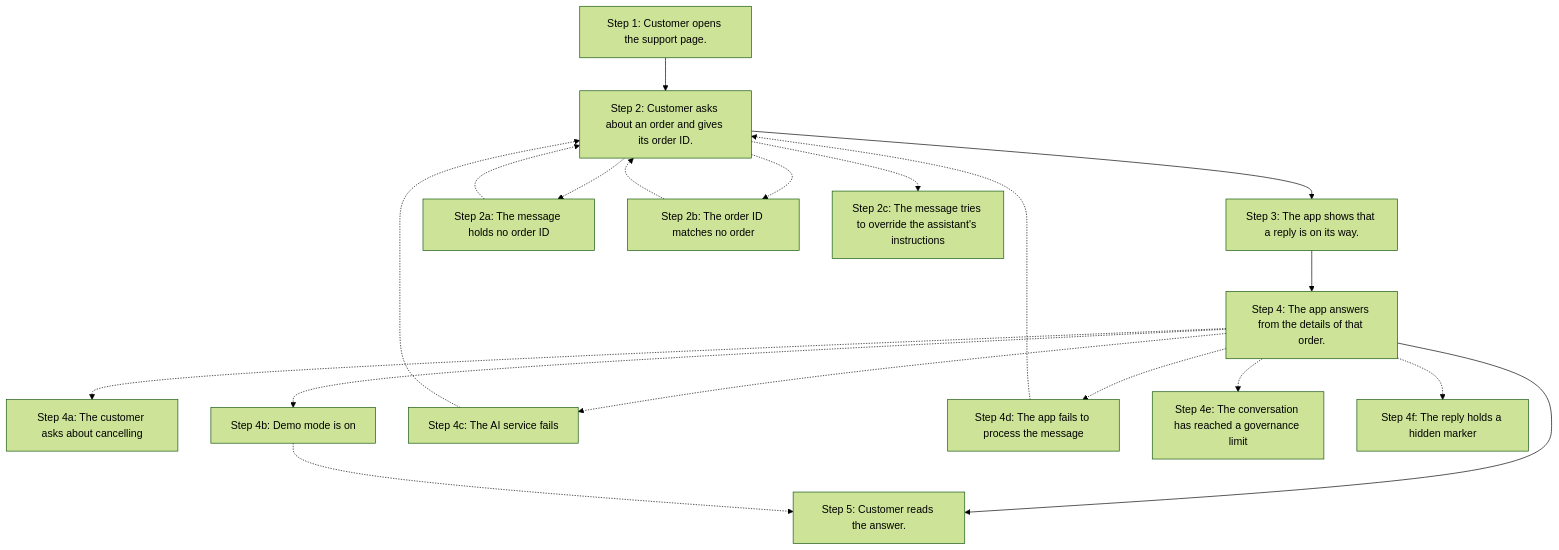
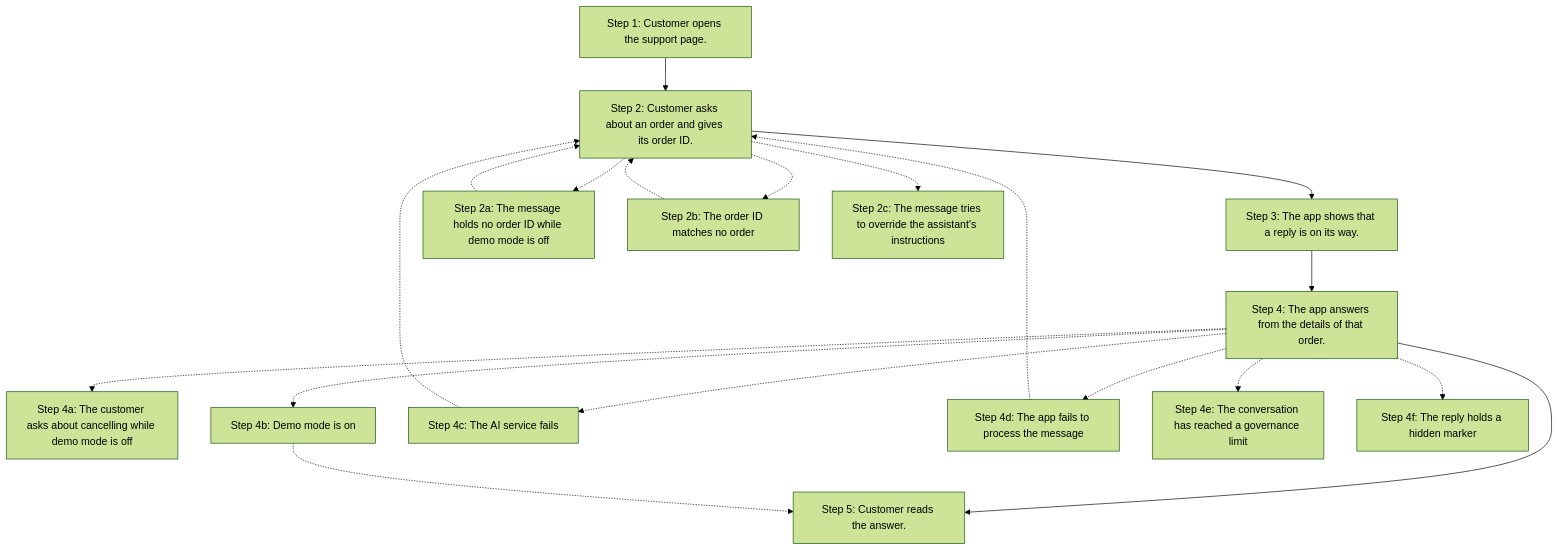
The first of 5 diagrams in zbrain-docs/requirements/user-journey.md (lhtshyamalshah/northstar-support-portal), drawn with Mermaid (forest theme) before and after one commit. The commit also changed other lines of this file and 1 other file, not shown here.

````diff
--- a/zbrain-docs/requirements/user-journey.md
+++ b/zbrain-docs/requirements/user-journey.md
@@ -37,21 +37,21 @@
 ```mermaid
 flowchart TD
   s1["Step 1: Customer opens the support page."] --> s2["Step 2: Customer asks about an order and gives its order ID."]
   s2 --> s3["Step 3: The app shows that a reply is on its way."]
   s3 --> s4["Step 4: The app answers from the details of that order."]
   s4 --> s5["Step 5: Customer reads the answer."]
-  s2 -.-> x2a["Step 2a: The message holds no order ID"]
+  s2 -.-> x2a["Step 2a: The message holds no order ID while demo mode is off"]
   x2a -.-> s2
   s2 -.-> x2b["Step 2b: The order ID matches no order"]
   x2b -.-> s2
   s2 -.-> x2c["Step 2c: The message tries to override the assistant's instructions"]
-  s4 -.-> x4a["Step 4a: The customer asks about cancelling"]
+  s4 -.-> x4a["Step 4a: The customer asks about cancelling while demo mode is off"]
   s4 -.-> x4b["Step 4b: Demo mode is on"]
   x4b -.-> s5
   s4 -.-> x4c["Step 4c: The AI service fails"]
   x4c -.-> s2
   s4 -.-> x4d["Step 4d: The app fails to process the message"]
   x4d -.-> s2
   s4 -.-> x4e["Step 4e: The conversation has reached a governance limit"]
   s4 -.-> x4f["Step 4f: The reply holds a hidden marker"]
 ```
````
